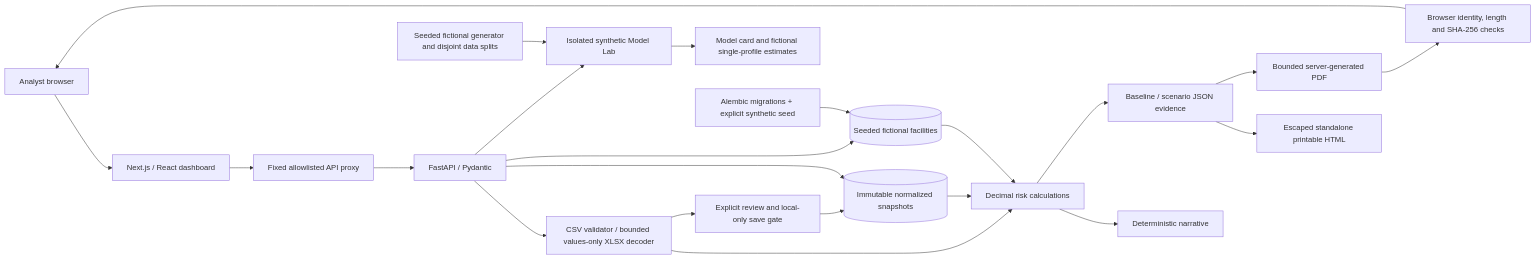
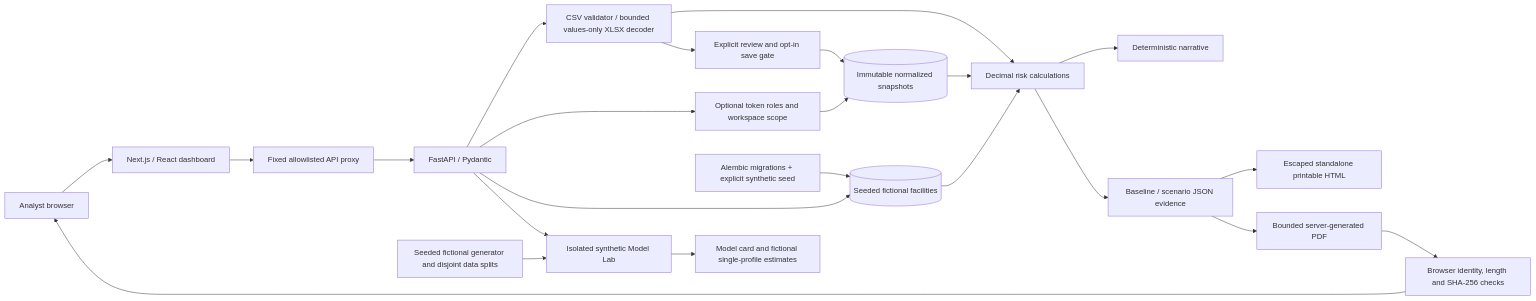
The diagram in docs/ARCHITECTURE.md (animeshpthk07/AegisRisk), drawn with Mermaid before and after one commit. The commit also changed other lines of this file, not shown here.

Commit message:
docs: align architecture with verified workspace access

````diff
--- a/docs/ARCHITECTURE.md
+++ b/docs/ARCHITECTURE.md
@@ -3,24 +3,25 @@
 ```mermaid
 flowchart LR
     U[Analyst browser] --> W[Next.js / React dashboard]
     W --> P[Fixed allowlisted API proxy]
     P --> A[FastAPI / Pydantic]
     A --> V[CSV validator / bounded values-only XLSX decoder]
     V --> R[Decimal risk calculations]
-    V --> S[Explicit review and local-only save gate]
+    V --> S[Explicit review and opt-in save gate]
     S --> D[(Immutable normalized snapshots)]
-    A --> D
+    A --> T[Optional token roles and workspace scope]
+    T --> D
     A --> F[(Seeded fictional facilities)]
     D --> R
     F --> R
     R --> E[Deterministic narrative]
     R --> J[Baseline / scenario JSON evidence]
     J --> H[Escaped standalone printable HTML]
     J --> PDF[Bounded server-generated PDF]
     PDF --> Q[Browser identity, length and SHA-256 checks]
     Q --> U
     A --> L[Isolated synthetic Model Lab]
     G[Seeded fictional generator and disjoint data splits] --> L
     L --> C[Model card and fictional single-profile estimates]
     M[Alembic migrations + explicit synthetic seed] --> F
 ```
````
